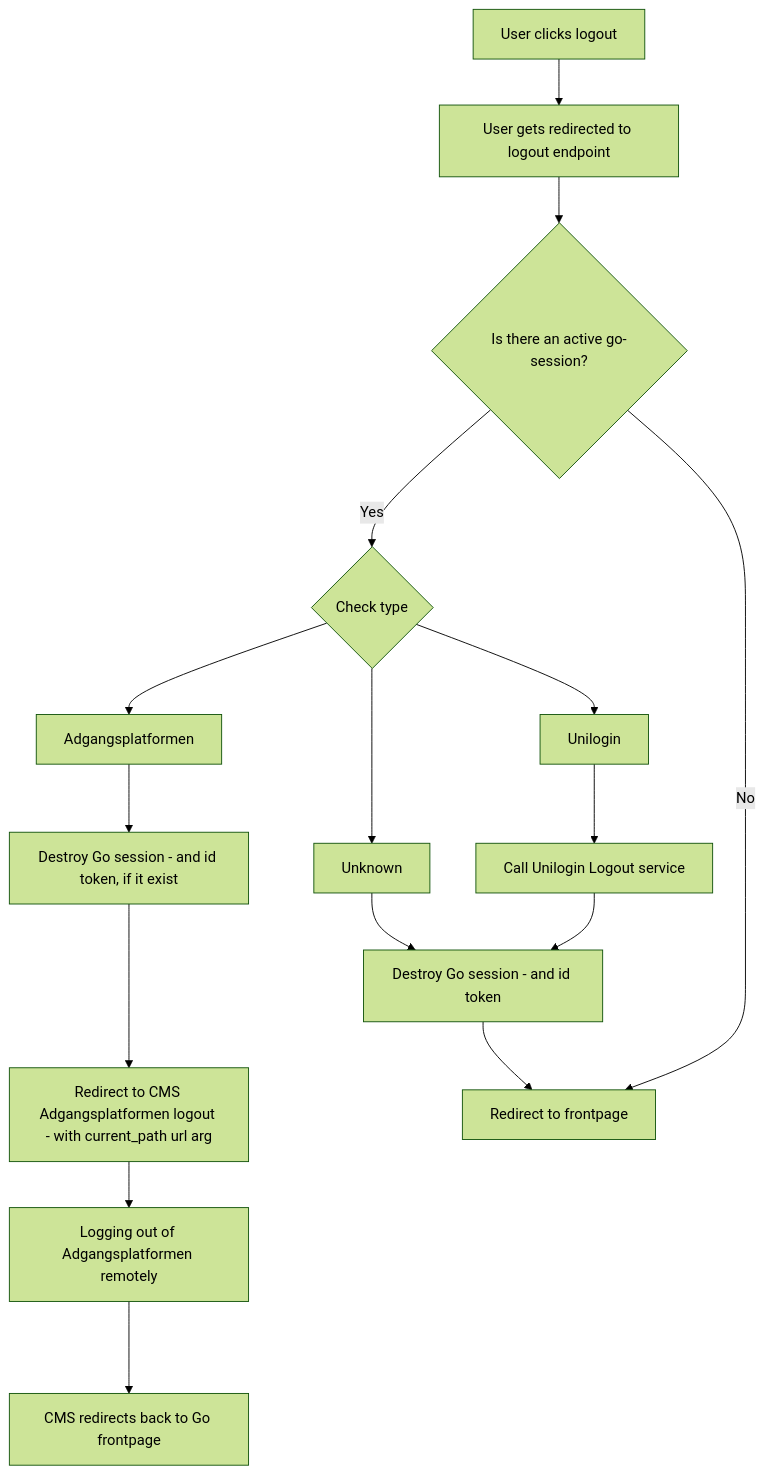
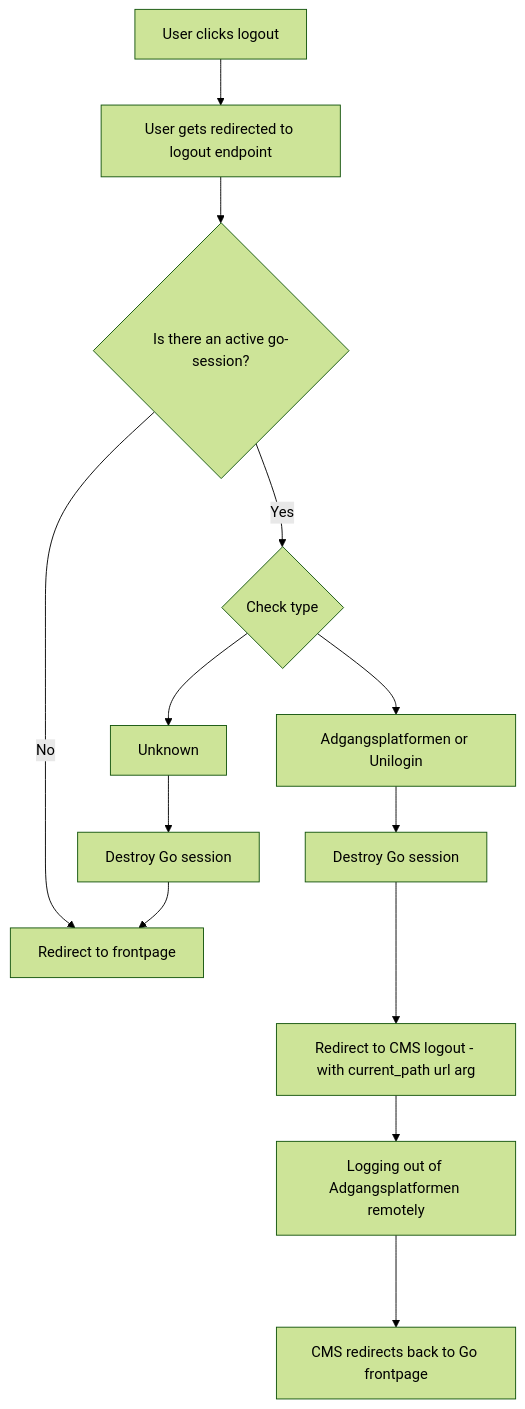
The second of 3 diagrams in docs/go/authentication.md (danskernesdigitalebibliotek/dpl-web), drawn with Mermaid (forest theme) before and after one commit. The commit also changed other lines of this file and 5 other files, not shown here.

Commit message:
Document Unilogin via Adgangsplatformen in GO

````diff
--- a/docs/go/authentication.md
+++ b/docs/go/authentication.md
@@ -138,34 +116,29 @@
 ```mermaid
 flowchart TD
     UserClicksLogout[User clicks logout] -->
     RedirectToLogoutEndpoint[User gets redirected to logout endpoint] -->
     SessionExist{Is there an active go-session?}
     SessionExist --> |Yes| CheckType{Check type}
 
     CheckType --> IsUnknown[Unknown]
-    CheckType --> IsUnilogin[Unilogin]
-    CheckType --> IsAdgangsplatformen[Adgangsplatformen]
+    CheckType --> IsLoggedIn[Adgangsplatformen or Unilogin]
 
-    IsUnknown --> DestroySession[Destroy Go session - and id token]
+    IsUnknown --> DestroySession[Destroy Go session]
 
-    IsAdgangsplatformen --> DestroySessionBeforeRedirect[
-      Destroy Go session - and id token, if it exist
+    IsLoggedIn --> DestroySessionBeforeRedirect[
+      Destroy Go session
     ]
-    DestroySessionBeforeRedirect ---> RedirectToAdgangsplatformenLogout[
-      Redirect to CMS Adgangsplatformen logout - with current_path url arg
+    DestroySessionBeforeRedirect ---> RedirectToCmsLogout[
+      Redirect to CMS logout - with current_path url arg
     ]
-    RedirectToAdgangsplatformenLogout --> LogoutRemoteAdgangsplatformen[
+    RedirectToCmsLogout --> LogoutRemoteAdgangsplatformen[
       Logging out of Adgangsplatformen remotely
     ]
     LogoutRemoteAdgangsplatformen ---> RedirectBackToGo[
       CMS redirects back to Go frontpage
     ]
 
-    IsUnilogin --> CallUniloginLogout[Call Unilogin Logout service]
-
-    CallUniloginLogout --> DestroySession[Destroy Go session - and id token]
-
     DestroySession --> RedirectToFrontpage[Redirect to frontpage]
 
     SessionExist -->|No| RedirectToFrontpage
 ```
````
